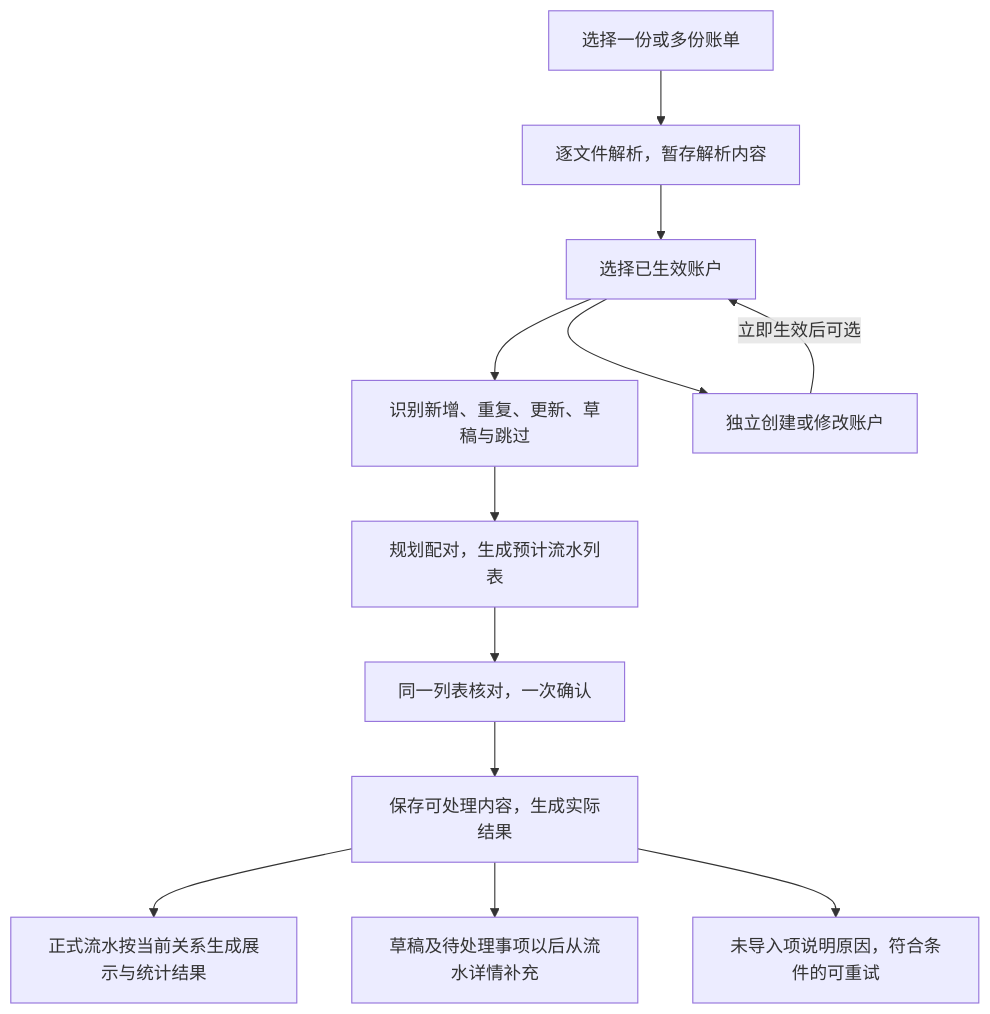
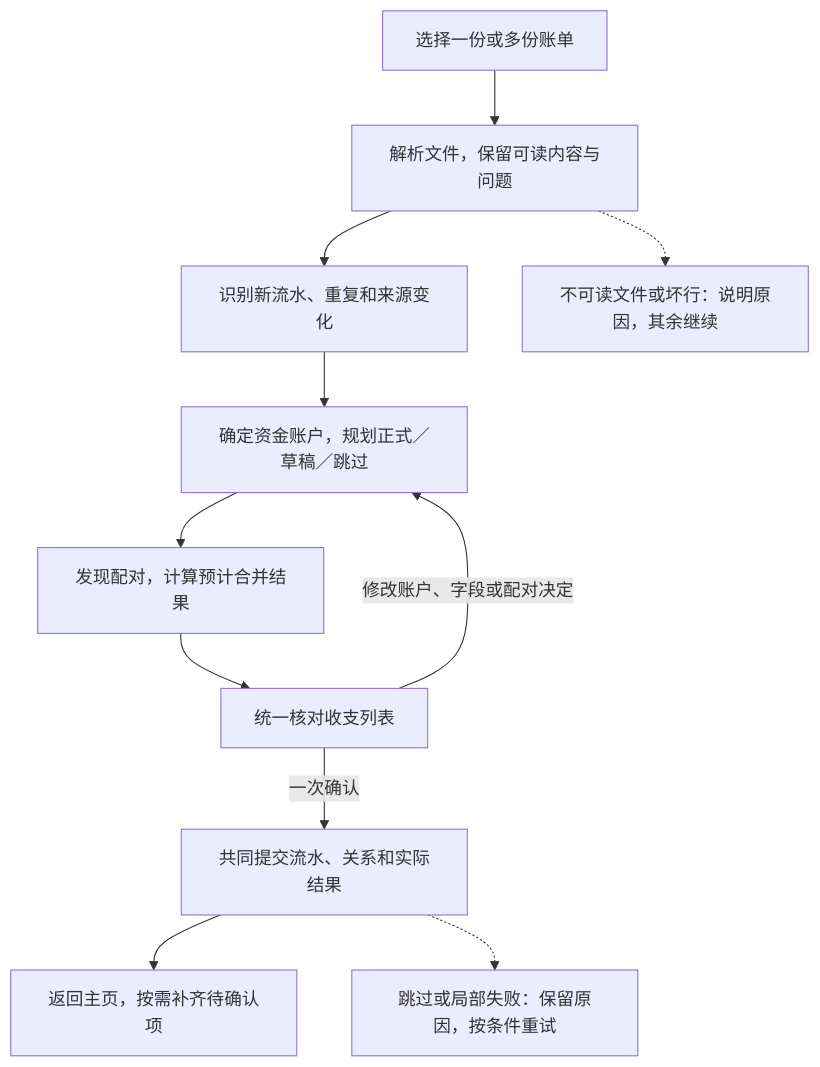
One commit to ssttkkl/finance-tracker changed the second of 5 diagrams in docs/cash-import-flow.md. Above: the diagram before and after it, drawn with Mermaid. The commit also changed other lines of this file and 96 other files, not shown here.

````diff
--- a/docs/cash-import-flow.md
+++ b/docs/cash-import-flow.md
@@ -22,14 +96,13 @@
 ```mermaid
 flowchart TD
-    A[选择一份或多份账单] --> B[逐文件解析，暂存解析内容]
-    B --> C[选择已生效账户]
-    C --> D[识别新增、重复、更新、草稿与跳过]
-    D --> E[规划配对，生成预计流水列表]
-    E --> F[同一列表核对，一次确认]
-    F --> G[保存可处理内容，生成实际结果]
-    G --> H[正式流水按当前关系生成展示与统计结果]
-    G --> I[草稿及待处理事项以后从流水详情补充]
-    G --> J[未导入项说明原因，符合条件的可重试]
-    C --> K[独立创建或修改账户]
-    K -->|立即生效后可选| C
+    A[选择一份或多份账单] --> B[解析文件，保留可读内容与问题]
+    B --> C[识别新流水、重复和来源变化]
+    C --> D[确定资金账户，规划正式／草稿／跳过]
+    D --> E[发现配对，计算预计合并结果]
+    E --> F[统一核对收支列表]
+    F -->|修改账户、字段或配对决定| D
+    F -->|一次确认| G[共同提交流水、关系和实际结果]
+    G --> H[返回主页，按需补齐待确认项]
+    B -.-> I[不可读文件或坏行：说明原因，其余继续]
+    G -.-> J[跳过或局部失败：保留原因，按条件重试]
 ```
````
